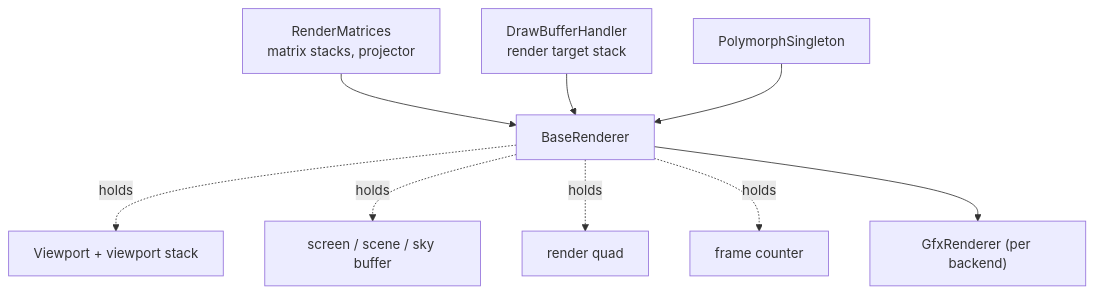
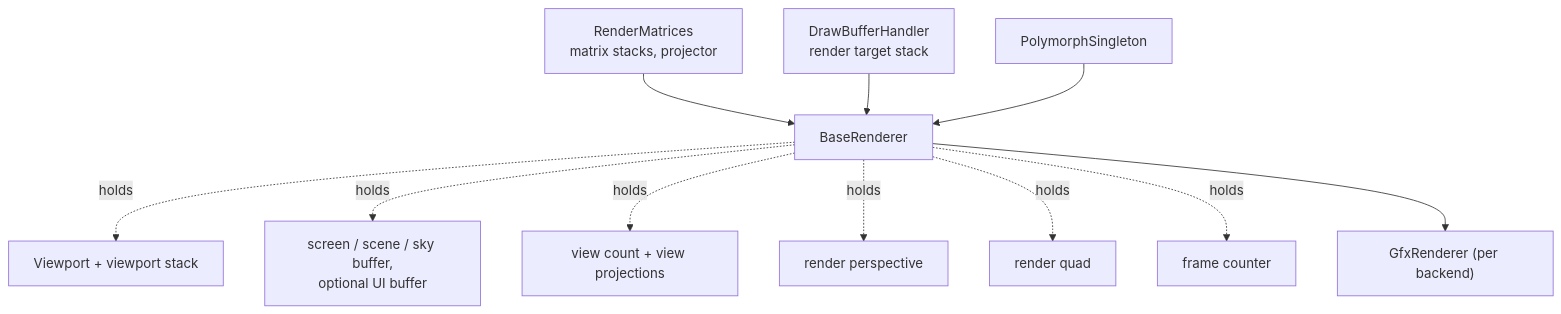
One commit to DietfridMali/CustomLibs changed the first of 2 diagrams in rendertools/documentation/03-renderer-and-frame.md. Above: the diagram before and after it, drawn with Mermaid. The commit also changed other lines of this file and 10 other files, not shown here.

````diff
--- a/rendertools/documentation/03-renderer-and-frame.md
+++ b/rendertools/documentation/03-renderer-and-frame.md
@@ -9,11 +9,13 @@
 ```mermaid
 graph TD
     RM["RenderMatrices<br/>matrix stacks, projector"] --> BR[BaseRenderer]
     DBH["DrawBufferHandler<br/>render target stack"] --> BR
     PS["PolymorphSingleton"] --> BR
     BR -.holds.-> VP["Viewport + viewport stack"]
-    BR -.holds.-> RT["screen / scene / sky buffer"]
+    BR -.holds.-> RT["screen / scene / sky buffer,<br/>optional UI buffer"]
+    BR -.holds.-> VC["view count + view projections"]
+    BR -.holds.-> PP["render perspective"]
     BR -.holds.-> RQ["render quad"]
     BR -.holds.-> FC["frame counter"]
     BR --> GR["GfxRenderer (per backend)"]
 ```
````
